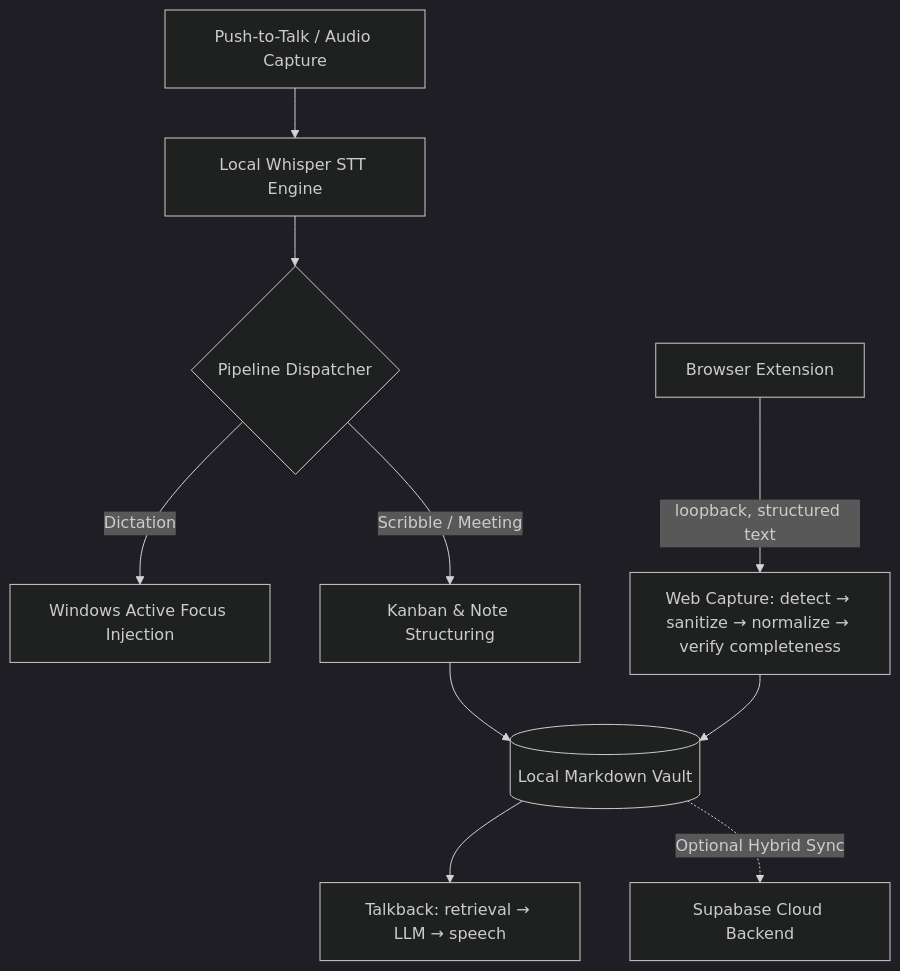
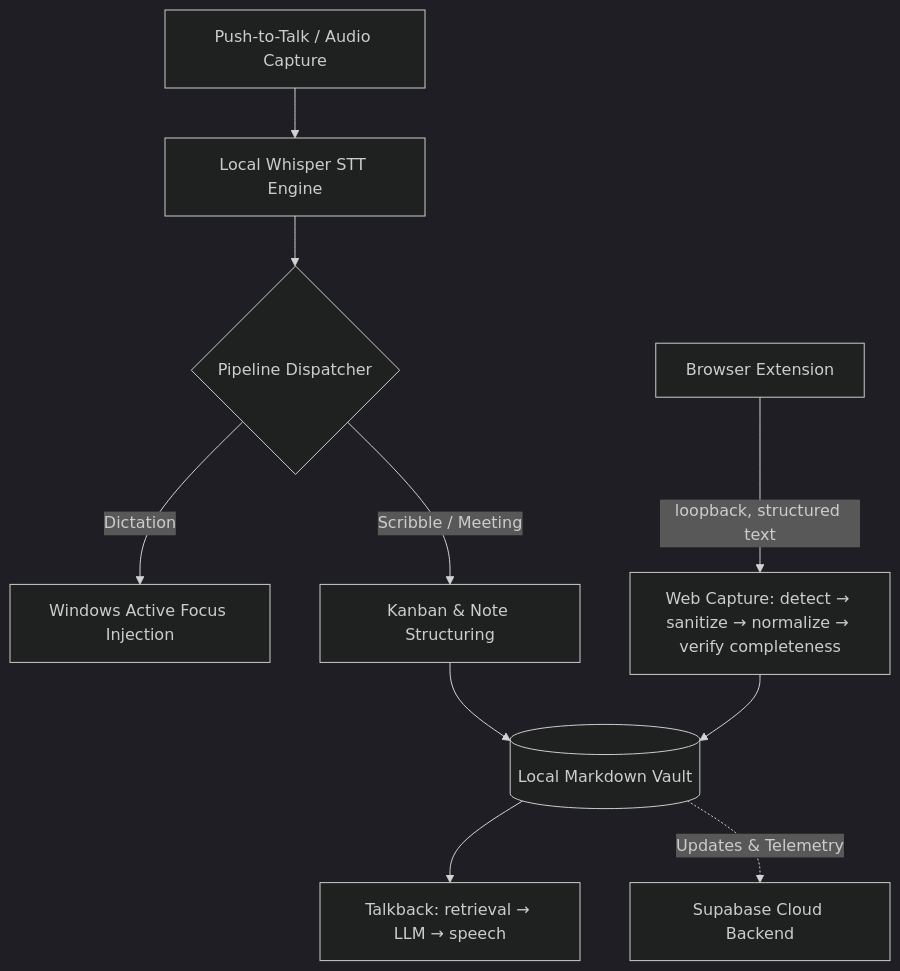
Before and after one commit to Nitinsudarshan/Relay: the diagram in README.md, drawn with Mermaid (dark theme). The commit also changed other lines of this file and 104 other files, not shown here.

````diff
--- a/README.md
+++ b/README.md
@@ -85,12 +65,12 @@
 ```mermaid
 flowchart TD
     A[Push-to-Talk / Audio Capture] --> B[Local Whisper STT Engine]
     B --> C{Pipeline Dispatcher}
     C -->|Dictation| D[Windows Active Focus Injection]
     C -->|Scribble / Meeting| E[Kanban & Note Structuring]
     W[Browser Extension] -->|loopback, structured text| X[Web Capture: detect → sanitize → normalize → verify completeness]
     X --> F[(Local Markdown Vault)]
     E --> F
     F --> H[Talkback: retrieval → LLM → speech]
-    F -.->|Optional Hybrid Sync| G[Supabase Cloud Backend]
+    F -.->|Updates & Telemetry| G[Supabase Cloud Backend]
 ```
````
